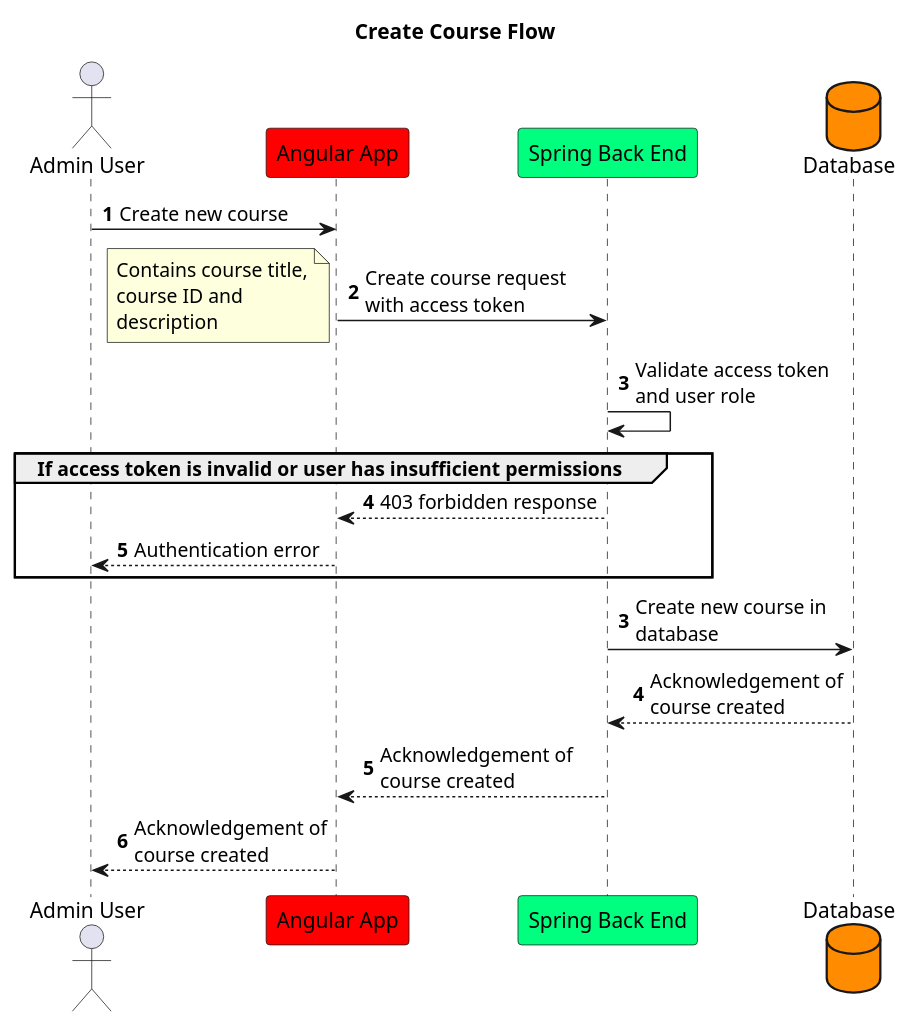
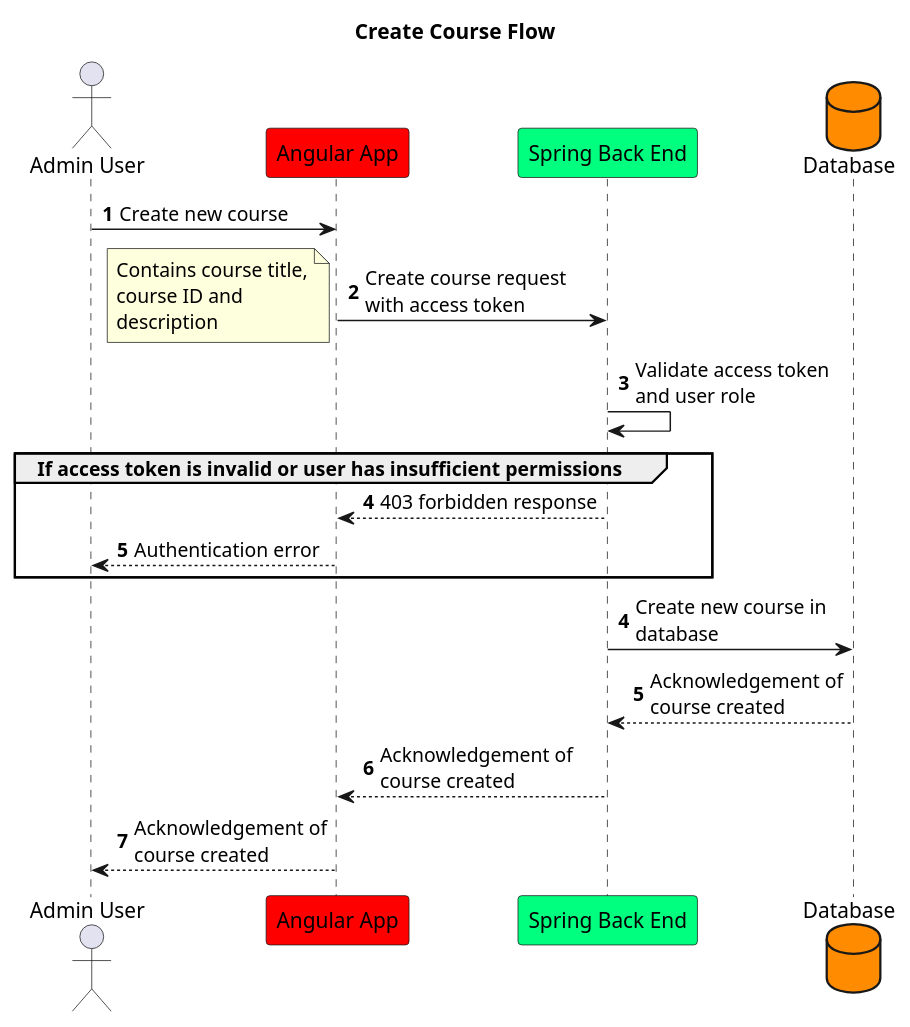
The diagram in source/createCourseOperationSequence.puml (lightbulb-lms/documentation), drawn with PlantUML before and after one commit.

Commit message:
Fix numbering

```diff
--- a/source/createCourseOperationSequence.puml
+++ b/source/createCourseOperationSequence.puml
@@ -1,28 +1,28 @@
 @startuml
 autonumber
 skinparam WrapWidth 150
 skinparam MaxMessageSize 150
 
 title Create Course Flow
 actor "Admin User" as user
 participant "Angular App" as app #red
 participant "Spring Back End" as back #springgreen
 database Database as db #darkorange
 
 autonumber
 user -> app: Create new course
 app -> back: Create course request with access token
 note left: Contains course title, course ID and description
 back -> back: Validate access token and user role
 
 group If access token is invalid or user has insufficient permissions
     back --> app: 403 forbidden response
     app --> user: Authentication error
 end
 
-autonumber 3
+autonumber 4
 back -> db: Create new course in database
 db --> back: Acknowledgement of course created
 back --> app: Acknowledgement of course created
 app --> user: Acknowledgement of course created
 @enduml
```
